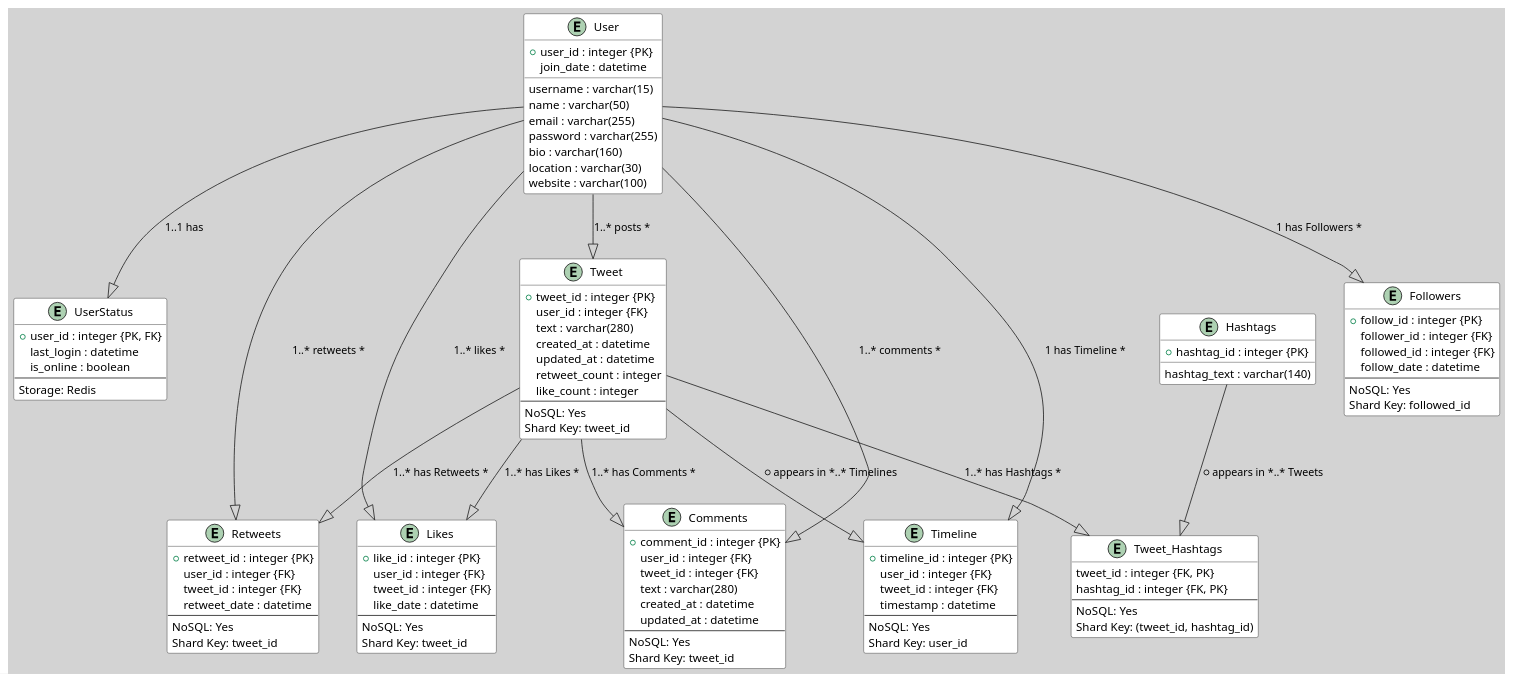
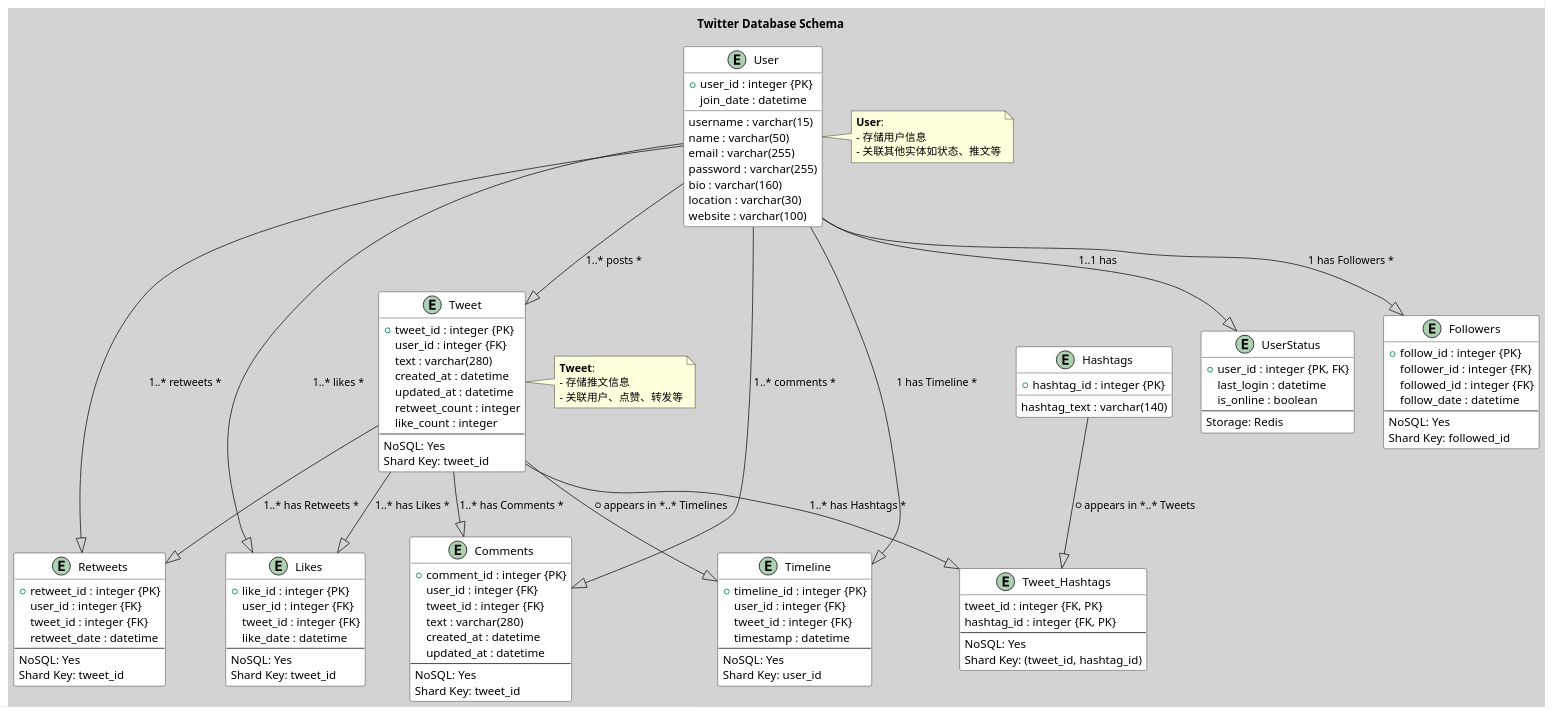
Before and after one commit to huangyingw/system_design: the diagram in twitter/twitter_database_schema.puml, drawn with PlantUML.

```diff
--- a/twitter/twitter_database_schema.puml
+++ b/twitter/twitter_database_schema.puml
@@ -1,122 +1,138 @@
 @startuml
 
 skinparam backgroundColor #D3D3D3
 skinparam class {
   BackgroundColor #FFFFFF
   BorderColor #222
   ArrowColor #222
+  FontName "Arial"
+  FontSize 14
 }
+
+title Twitter Database Schema
 
 entity "User" as user {
   +user_id : integer {PK}
   username : varchar(15)
   name : varchar(50)
   email : varchar(255)
   password : varchar(255)
   bio : varchar(160)
   location : varchar(30)
   website : varchar(100)
   join_date : datetime
 }
 
 entity "UserStatus" as userstatus {
   +user_id : integer {PK, FK}
   last_login : datetime
   is_online : boolean
   --
   Storage: Redis
 }
 
 entity "Tweet" as tweet {
   +tweet_id : integer {PK}
   user_id : integer {FK}
   text : varchar(280)
   created_at : datetime
   updated_at : datetime
   retweet_count : integer
   like_count : integer
   --
   NoSQL: Yes
   Shard Key: tweet_id
 }
 
 entity "Followers" as followers {
   +follow_id : integer {PK}
   follower_id : integer {FK}
   followed_id : integer {FK}
   follow_date : datetime
   --
   NoSQL: Yes
   Shard Key: followed_id
 }
 
 entity "Likes" as likes {
   +like_id : integer {PK}
   user_id : integer {FK}
   tweet_id : integer {FK}
   like_date : datetime
   --
   NoSQL: Yes
   Shard Key: tweet_id
 }
 
 entity "Retweets" as retweets {
   +retweet_id : integer {PK}
   user_id : integer {FK}
   tweet_id : integer {FK}
   retweet_date : datetime
   --
   NoSQL: Yes
   Shard Key: tweet_id
 }
 
 entity "Comments" as comments {
   +comment_id : integer {PK}
   user_id : integer {FK}
   tweet_id : integer {FK}
   text : varchar(280)
   created_at : datetime
   updated_at : datetime
   --
   NoSQL: Yes
   Shard Key: tweet_id
 }
 
 entity "Hashtags" as hashtags {
   +hashtag_id : integer {PK}
   hashtag_text : varchar(140)
 }
 
 entity "Tweet_Hashtags" as tweet_hashtags {
   tweet_id : integer {FK, PK}
   hashtag_id : integer {FK, PK}
   --
   NoSQL: Yes
   Shard Key: (tweet_id, hashtag_id)
 }
 
 entity "Timeline" as timeline {
   +timeline_id : integer {PK}
   user_id : integer {FK}
   tweet_id : integer {FK}
   timestamp : datetime
   --
   NoSQL: Yes
   Shard Key: user_id
 }
 
 user --|> userstatus : "1..1 has"
 user --|> tweet : "1..* posts *"
 user --|> followers : "1 has Followers *"
 user --|> likes : "1..* likes *"
 user --|> retweets : "1..* retweets *"
 user --|> comments : "1..* comments *"
 user --|> timeline : "1 has Timeline *"
 tweet --|> likes : "1..* has Likes *"
 tweet --|> retweets : "1..* has Retweets *"
 tweet --|> comments : "1..* has Comments *"
 tweet --|> tweet_hashtags : "1..* has Hashtags *"
 tweet --|> timeline : "* appears in *..* Timelines"
 hashtags --|> tweet_hashtags : "* appears in *..* Tweets"
 
+note right of user
+  **User**:
+  - 存储用户信息
+  - 关联其他实体如状态、推文等
+end note
+
+note right of tweet
+  **Tweet**:
+  - 存储推文信息
+  - 关联用户、点赞、转发等
+end note
+
 @enduml
```
